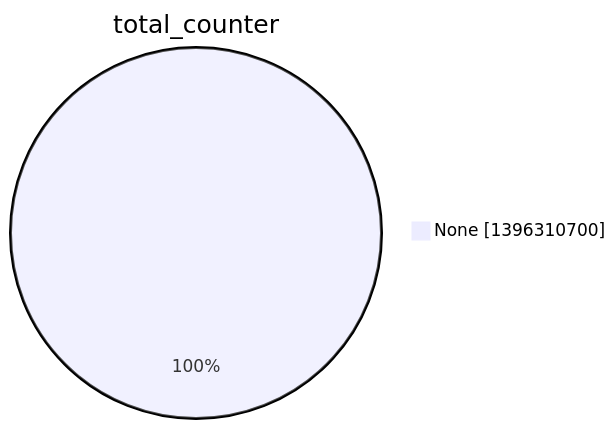
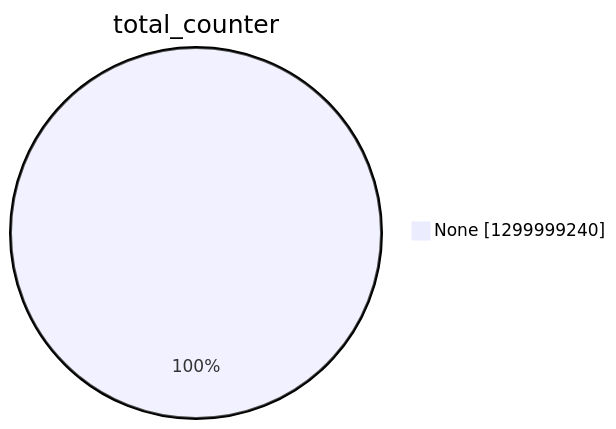
Before and after one commit to christiankrug/ctmonitor_visualization: the second of 15 diagrams in argon2022/README.md, drawn with Mermaid. The commit also changed other lines of this file, not shown here.

````diff
--- a/argon2022/README.md
+++ b/argon2022/README.md
@@ -9,5 +9,5 @@
 ```mermaid
 pie showData
 title total_counter
-"None" :1396310700
+"None" :1299999240
 ```
````
